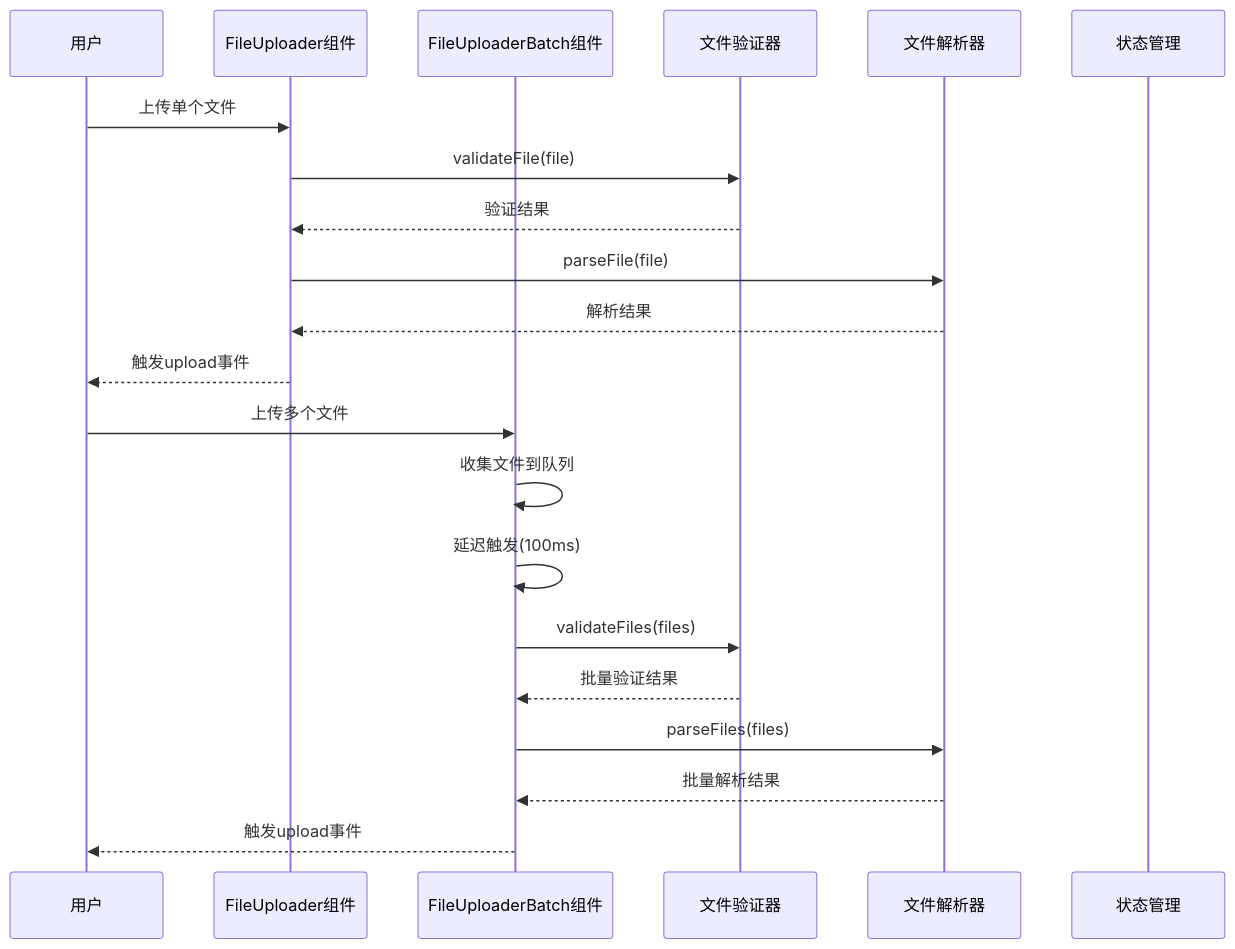
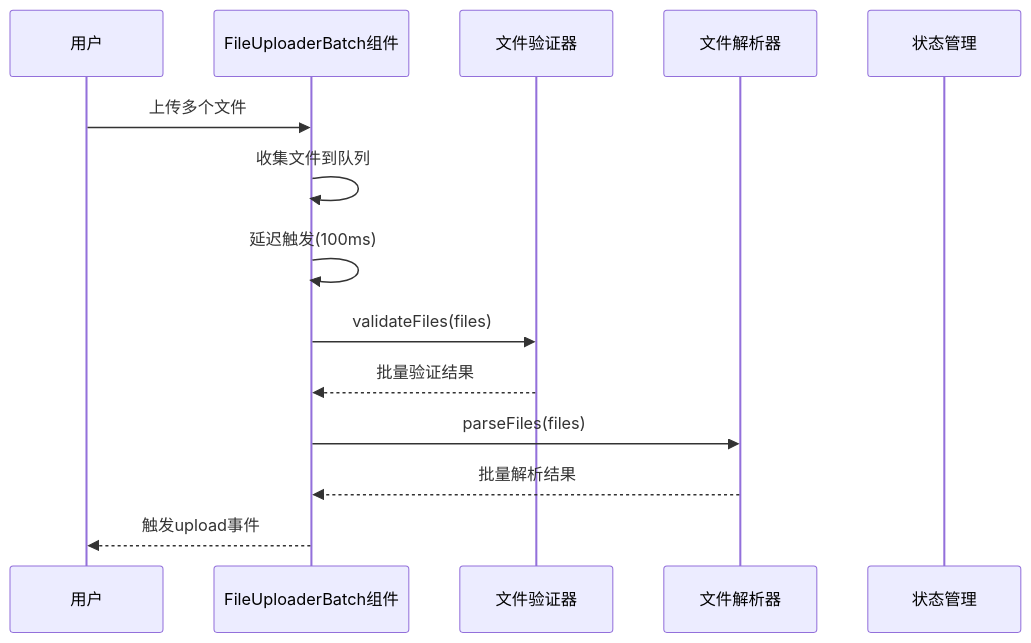
One commit to dunhuixiao/FinanceTools changed the second of 7 diagrams in .qoder/repowiki/zh/content/组件架构设计/文件上传组件/文件上传组件.md. Above: the diagram before and after it, drawn with Mermaid. The commit also changed other lines of this file and 4 other files, not shown here.

````diff
--- a/.qoder/repowiki/zh/content/组件架构设计/文件上传组件/文件上传组件.md
+++ b/.qoder/repowiki/zh/content/组件架构设计/文件上传组件/文件上传组件.md
@@ -131,23 +109,16 @@
 ```mermaid
 sequenceDiagram
 participant User as 用户
-participant FileUploader as FileUploader组件
 participant FileUploaderBatch as FileUploaderBatch组件
 participant Validator as 文件验证器
 participant Parser as 文件解析器
 participant Store as 状态管理
-User->>FileUploader : 上传单个文件
-FileUploader->>Validator : validateFile(file)
-Validator-->>FileUploader : 验证结果
-FileUploader->>Parser : parseFile(file)
-Parser-->>FileUploader : 解析结果
-FileUploader-->>User : 触发upload事件
 User->>FileUploaderBatch : 上传多个文件
 FileUploaderBatch->>FileUploaderBatch : 收集文件到队列
 FileUploaderBatch->>FileUploaderBatch : 延迟触发(100ms)
 FileUploaderBatch->>Validator : validateFiles(files)
 Validator-->>FileUploaderBatch : 批量验证结果
 FileUploaderBatch->>Parser : parseFiles(files)
 Parser-->>FileUploaderBatch : 批量解析结果
 FileUploaderBatch-->>User : 触发upload事件
 ```
````
